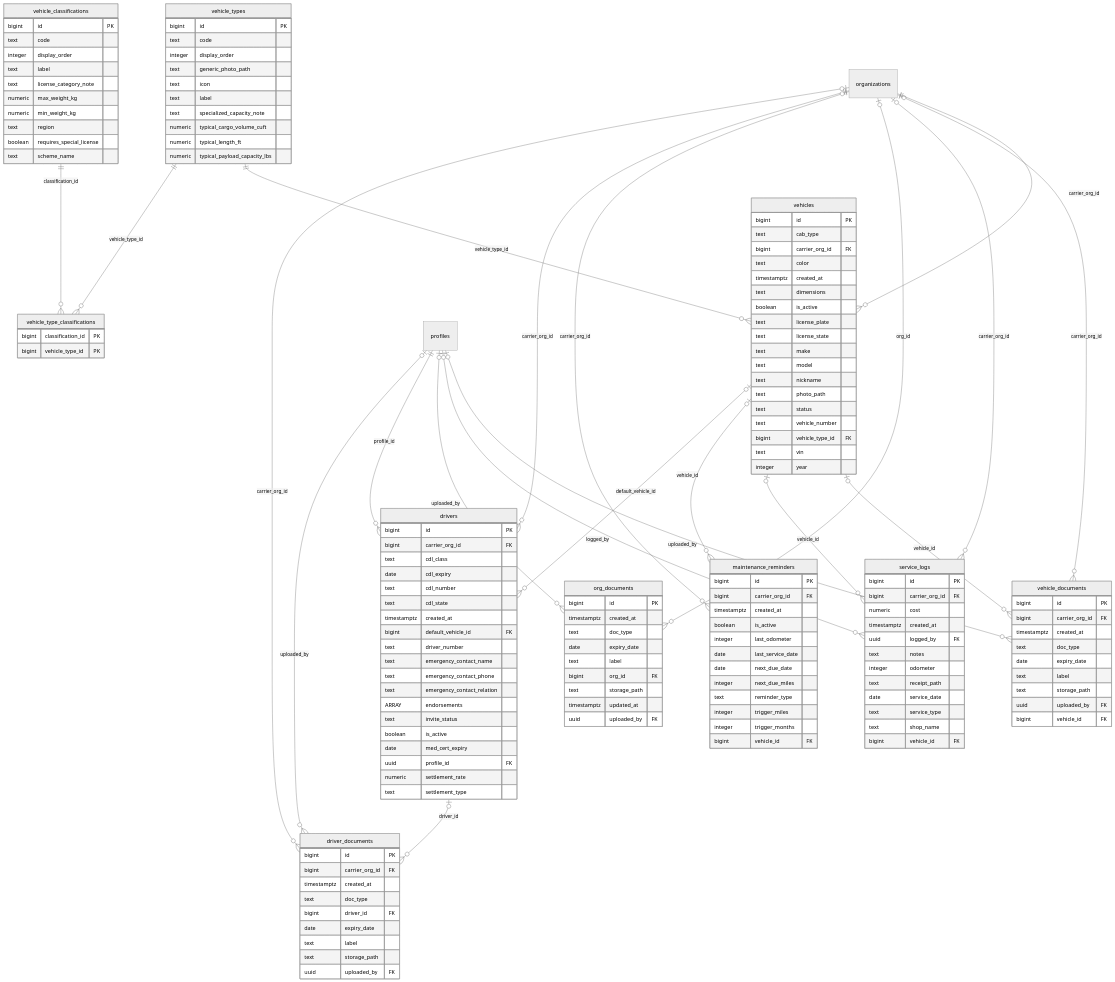
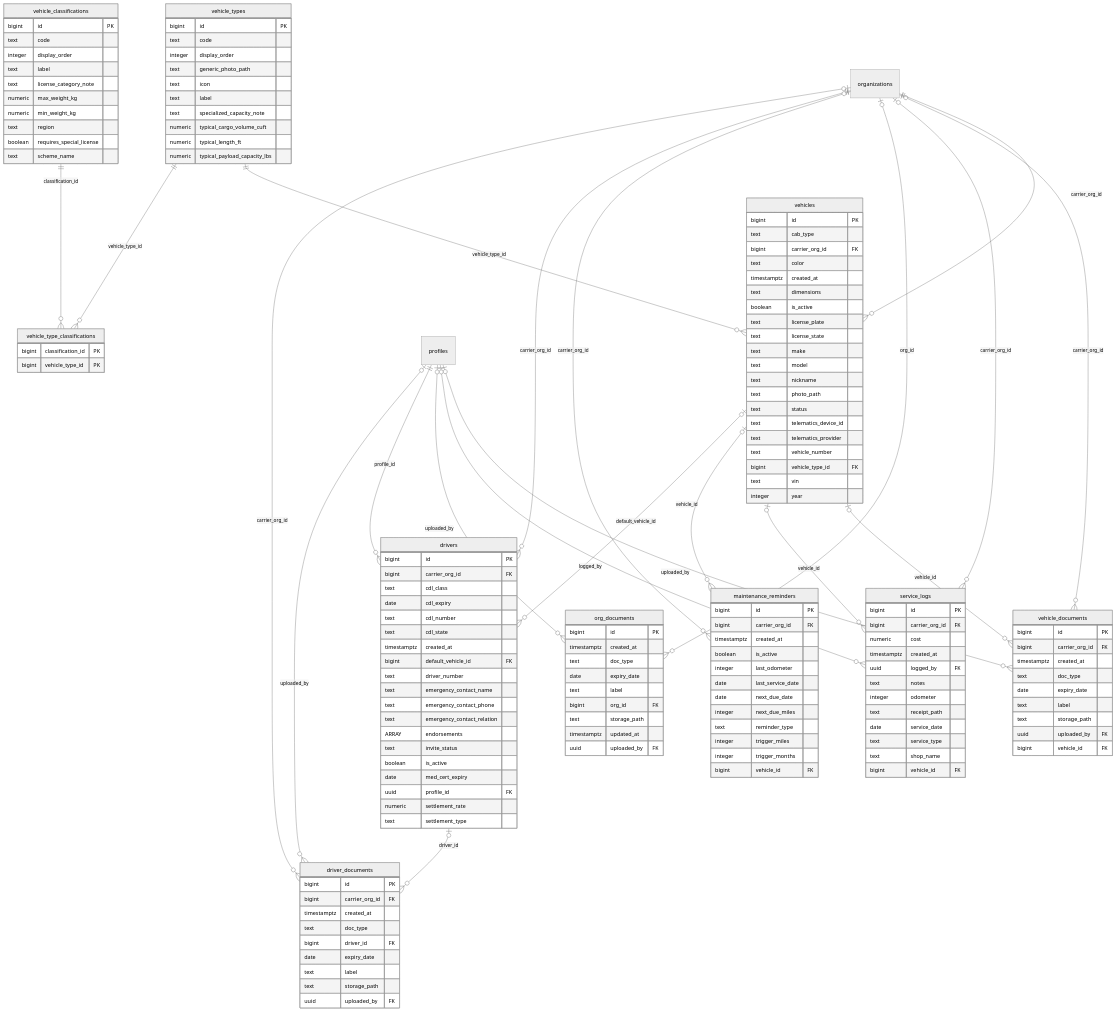
Before and after one commit to gsanjeevs/carrieros: the second of 7 diagrams in architecture/erd.md, drawn with Mermaid (neutral theme). The commit also changed other lines of this file, not shown here.

First line of the commit message:
Regenerate architecture/erd.md (fix-forward for CI)

```diff
--- a/architecture/erd.md
+++ b/architecture/erd.md
@@ -198,6 +198,8 @@
     text nickname
     text photo_path
     text status
+    text telematics_device_id
+    text telematics_provider
     text vehicle_number
     bigint vehicle_type_id FK
     text vin
```
